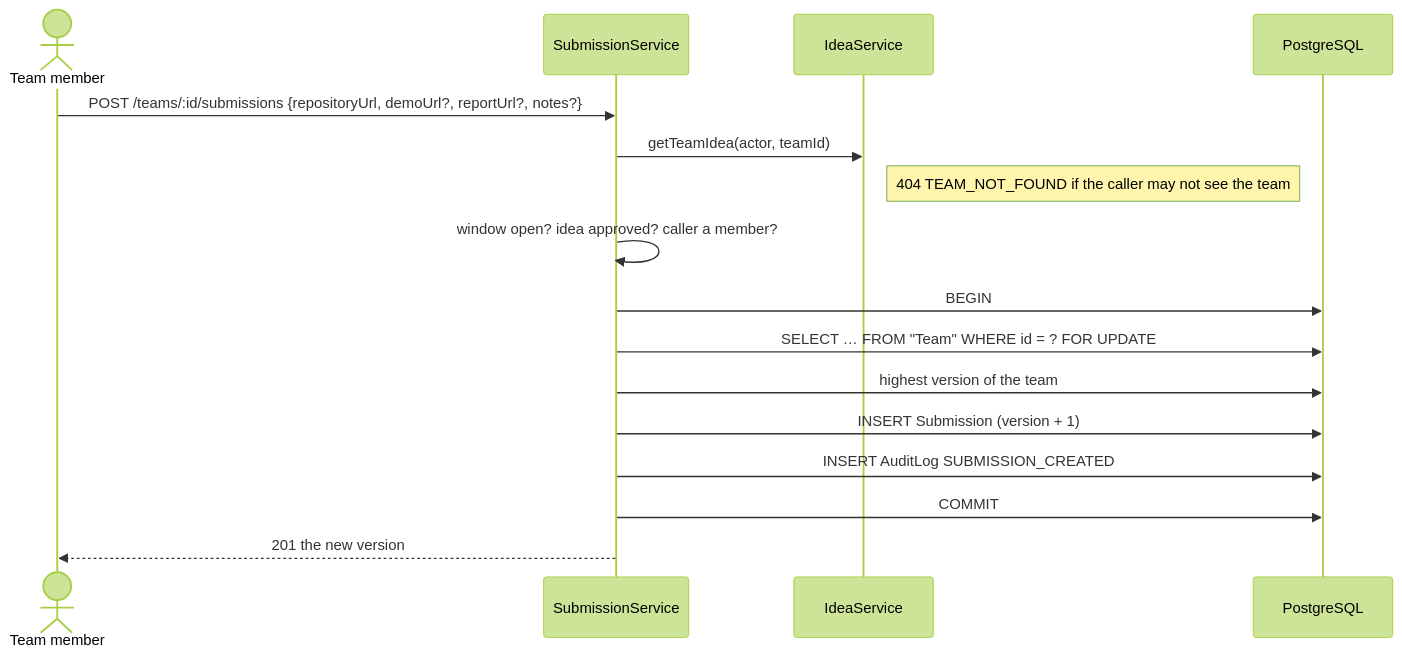
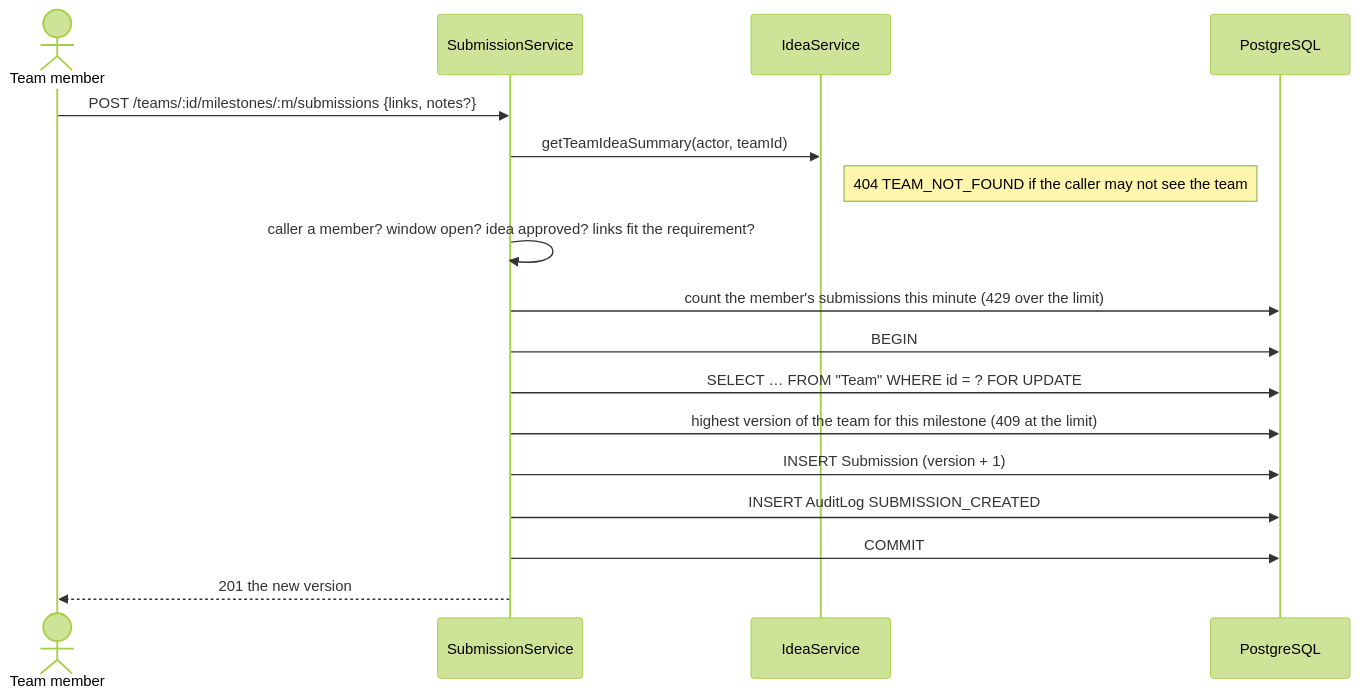
One commit to AmanKumar1411/flowforge changed the second of 2 diagrams in docs/architecture/submissions.md. Above: the diagram before and after it, drawn with Mermaid (forest theme). The commit also changed other lines of this file and 4 other files, not shown here.

First line of the commit message:
docs(lld): sequence, activity and state diagrams

````diff
--- a/docs/architecture/submissions.md
+++ b/docs/architecture/submissions.md
@@ -67,18 +67,19 @@
 ```mermaid
 sequenceDiagram
   actor M as Team member
   participant S as SubmissionService
   participant I as IdeaService
   participant DB as PostgreSQL
-  M->>S: POST /teams/:id/submissions {repositoryUrl, demoUrl?, reportUrl?, notes?}
-  S->>I: getTeamIdea(actor, teamId)
+  M->>S: POST /teams/:id/milestones/:m/submissions {links, notes?}
+  S->>I: getTeamIdeaSummary(actor, teamId)
   Note right of I: 404 TEAM_NOT_FOUND if the caller may not see the team
-  S->>S: window open? idea approved? caller a member?
+  S->>S: caller a member? window open? idea approved? links fit the requirement?
+  S->>DB: count the member's submissions this minute (429 over the limit)
   S->>DB: BEGIN
   S->>DB: SELECT … FROM "Team" WHERE id = ? FOR UPDATE
-  S->>DB: highest version of the team
+  S->>DB: highest version of the team for this milestone (409 at the limit)
   S->>DB: INSERT Submission (version + 1)
   S->>DB: INSERT AuditLog SUBMISSION_CREATED
   S->>DB: COMMIT
   S-->>M: 201 the new version
 ```
````
